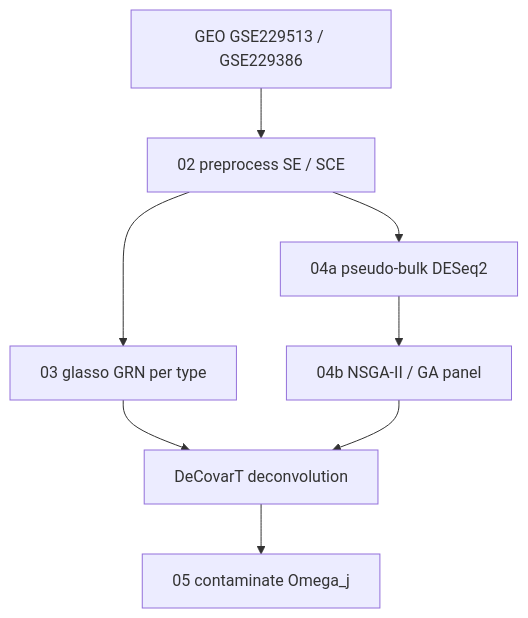
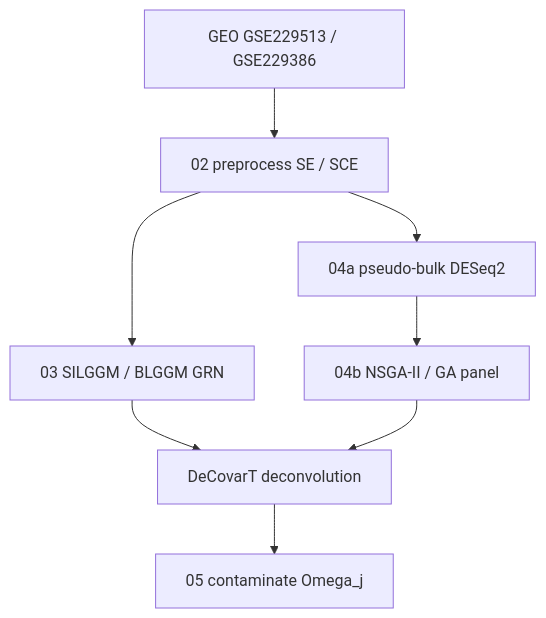
One commit to bastienchassagnol/DeCovarT_reproducibility changed the diagram in docs/index.qmd. Above: the diagram before and after it, drawn with Mermaid. The commit also changed other lines of this file and 26 other files, not shown here.

Commit message:
Refactor project structure and documentation: remove obsolete R project file, update `.gitignore` and `.graphifyignore` to include temporary files, and enhance Quarto book configuration for HTML output only. Update scripts to clarify paths and improve readability.

````diff
--- a/docs/index.qmd
+++ b/docs/index.qmd
@@ -16,13 +16,13 @@
 ```{mermaid}
 %%| label: fig-pipeline
 %%| fig-cap: "Planned pipeline: GEO gastruloids, GRN per cell type, feature panels, DeCovarT, then precision-matrix contamination."
 %%{init: {"theme": "sandstone"}}%%
 flowchart TD
   A["GEO GSE229513 / GSE229386"] --> B["02 preprocess SE / SCE"]
-  B --> C["03 glasso GRN per type"]
+  B --> C["03 SILGGM / BLGGM GRN"]
   B --> D["04a pseudo-bulk DESeq2"]
   D --> E["04b NSGA-II / GA panel"]
   C --> F["DeCovarT deconvolution"]
   E --> F
   F --> G["05 contaminate Omega_j"]
 ```
````
